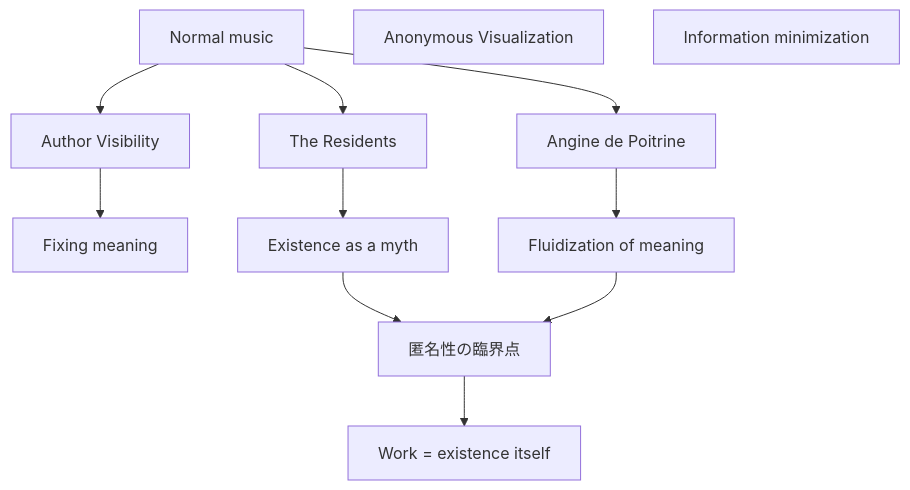
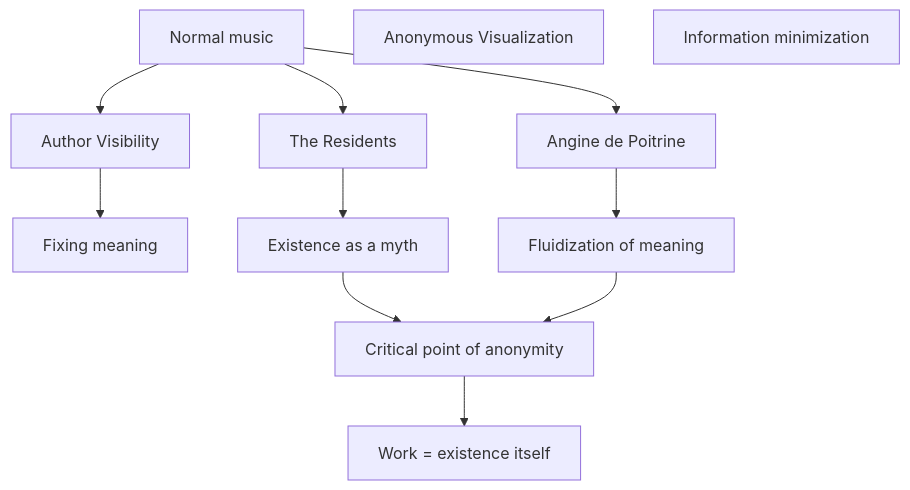
Diagram 12 of 17 in en/_posts/2026-07-06-column-angine-de-poitrine-the-residents.md (monumental-movement/monumental-movement.github.io), drawn with Mermaid before and after one commit. The commit also changed other lines of this file and 851 other files, not shown here.

```diff
--- a/en/_posts/2026-07-06-column-angine-de-poitrine-the-residents.md
+++ b/en/_posts/2026-07-06-column-angine-de-poitrine-the-residents.md
@@ -1314,25 +1314,25 @@
 <div class="mermaid">
 flowchart TD
 
 A["Normal music"]
 B["Author Visibility"]
 C["Fixing meaning"]
 
 D["The Residents"]
 E["Anonymous Visualization"]
 F["Existence as a myth"]
 
 G["Angine de Poitrine"]
 H["Information minimization"]
 I["Fluidization of meaning"]
 
-J["匿名性の臨界点"]
+J["Critical point of anonymity"]
 K["Work = existence itself"]
 
 A --> B --> C
 A --> D --> F
 A --> G --> I
 F --> J
 I --> J
 J --> K
 </div>
```
